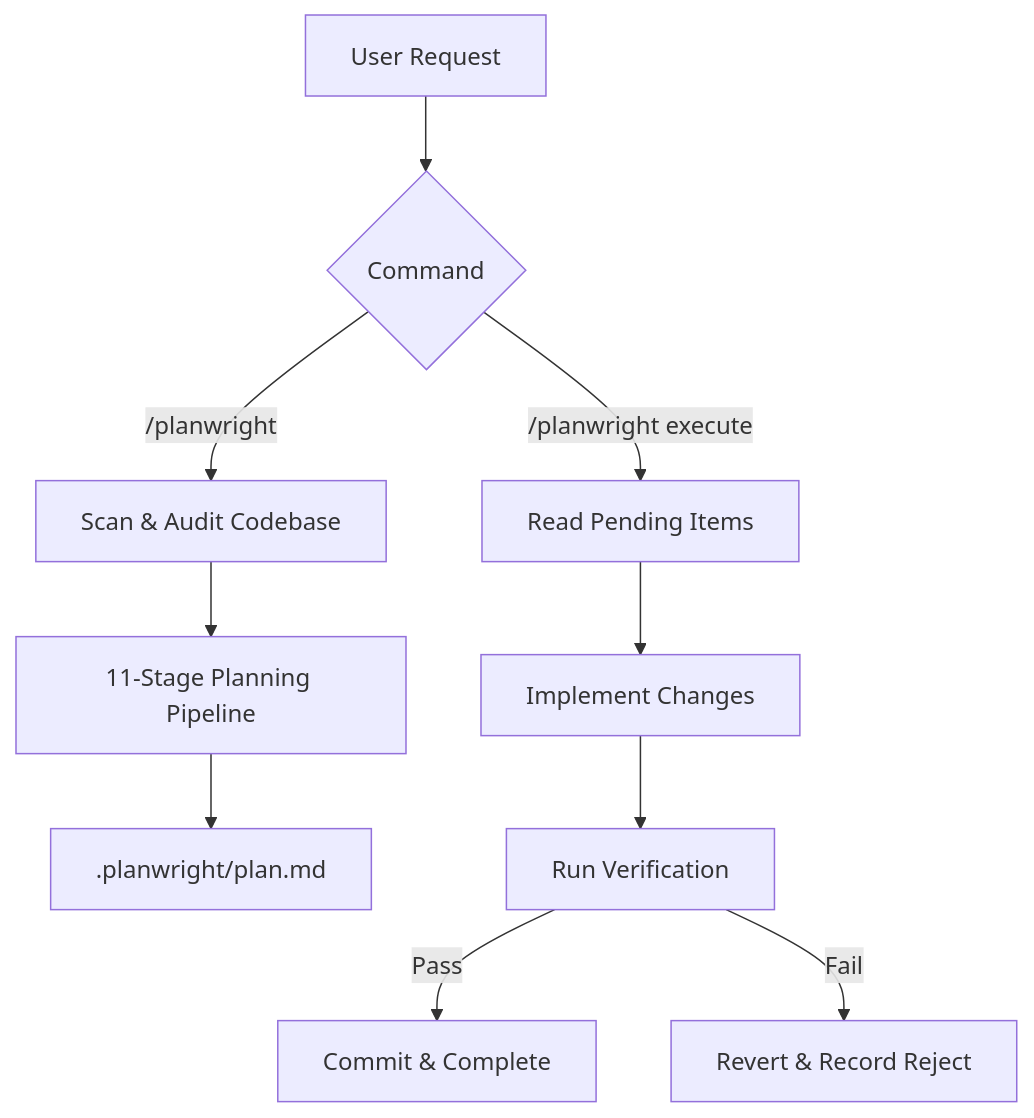
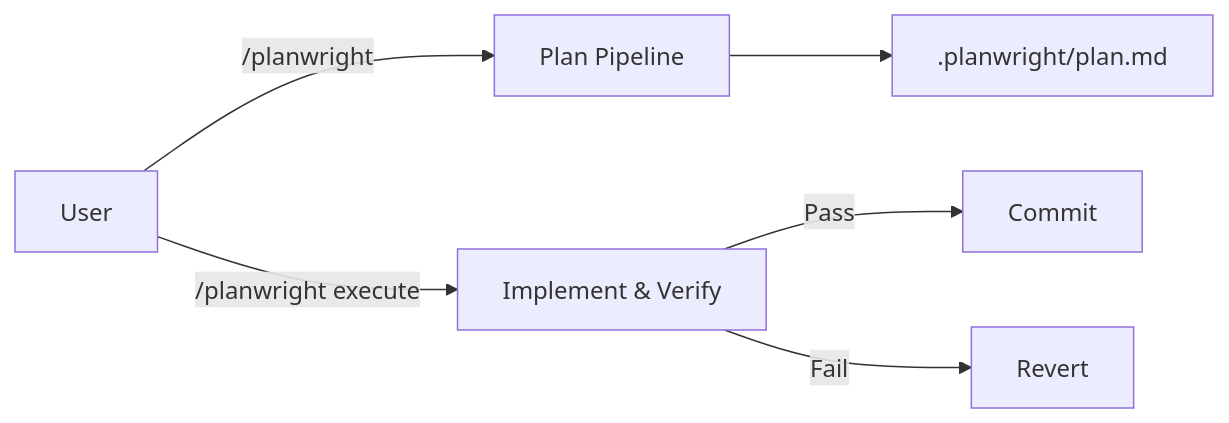
One commit to eserlxl/planwright changed the diagram in README.md. Above: the diagram before and after it, drawn with Mermaid.

Commit message:
docs(README): simplify workflow flowchart

````diff
--- a/README.md
+++ b/README.md
@@ -12,16 +12,8 @@
 ```mermaid
-flowchart TD
-    A[User Request] --> B{Command}
+flowchart LR
+    User -->|/planwright| Plan[Plan Pipeline] --> Doc[.planwright/plan.md]
     
-    %% Planning Path
-    B -- "/planwright" --> C[Scan & Audit Codebase]
-    C --> D[11-Stage Planning Pipeline]
-    D --> E[.planwright/plan.md]
-    
-    %% Execution Path
-    B -- "/planwright execute" --> F[Read Pending Items]
-    F --> G[Implement Changes]
-    G --> H[Run Verification]
-    H -- Pass --> I[Commit & Complete]
-    H -- Fail --> J[Revert & Record Reject]
+    User -->|/planwright execute| Exec[Implement & Verify]
+    Exec -- Pass --> Commit[Commit]
+    Exec -- Fail --> Revert[Revert]
 ```
````
